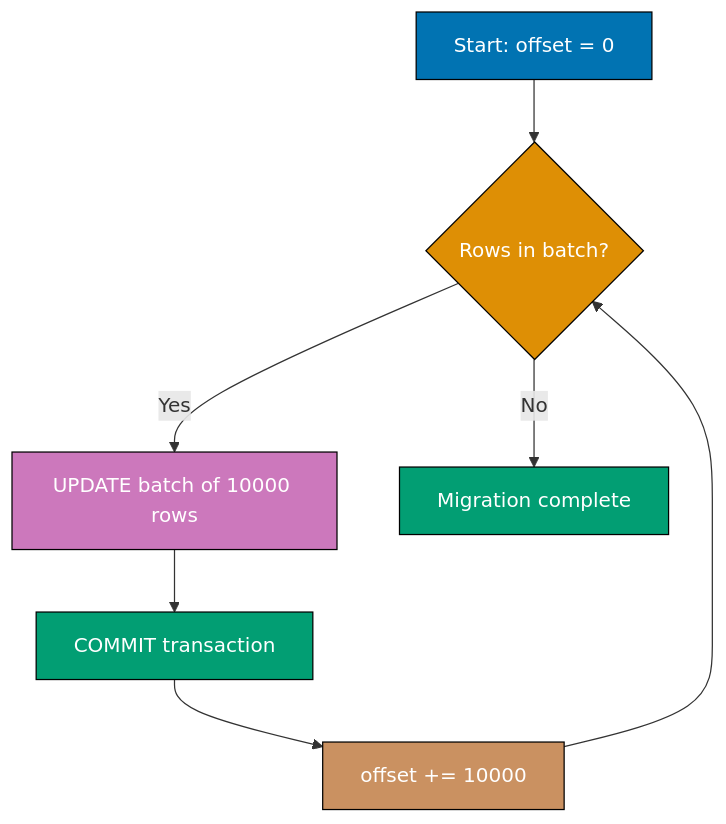
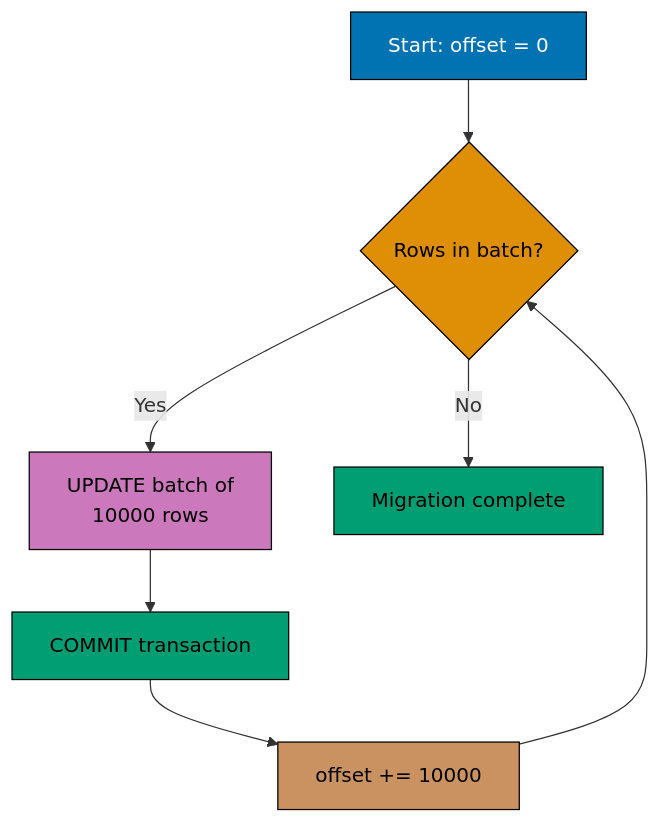
One commit to wahidyankf/ose-public changed the fourth of 8 diagrams in apps/ayokoding-www/content/en/learn/legacy/software-engineering/data/tools/java-liquibase/by-example/advanced.md. Above: the diagram before and after it, drawn with Mermaid. The commit also changed other lines of this file and 131 other files, not shown here.

First line of the commit message:
fix(mermaid): bring the legacy data, infrastructure, and testing diagrams onto the accessible palette

````diff
--- a/apps/ayokoding-www/content/en/learn/legacy/software-engineering/data/tools/java-liquibase/by-example/advanced.md
+++ b/apps/ayokoding-www/content/en/learn/legacy/software-engineering/data/tools/java-liquibase/by-example/advanced.md
@@ -400,17 +421,25 @@
 ```mermaid
 %% Color Palette: Blue #0173B2, Orange #DE8F05, Teal #029E73, Purple #CC78BC, Brown #CA9161
 graph TD
+    accTitle: Example 66: Large Table Migration with Batched Updates
+    accDescr: Graph with 6 nodes and 6 connections. Nodes: Start: offset = 0, Rows in batch?, UPDATE batch of 10000 rows, COMMIT transaction, offset += 10000, Migration complete. Connections: Start: offset = 0 to Rows in batch?, Rows in batch? to UPDATE batch of 10000 rows (Yes), UPDATE batch of 10000 rows to COMMIT transaction, COMMIT transaction to offset += 10000, offset += 10000 to Rows in batch?, Rows in batch? to Migration complete (No).
     A[Start: offset = 0] --> B{Rows in batch?}
-    B -->|Yes| C[UPDATE batch of 10000 rows]
+    B -->|Yes| C[UPDATE batch of<br/>10000 rows]
     C --> D[COMMIT transaction]
     D --> E[offset += 10000]
     E --> B
     B -->|No| F[Migration complete]
 
-    style A fill:#0173B2,stroke:#000,color:#fff
-    style B fill:#DE8F05,stroke:#000,color:#fff
-    style C fill:#CC78BC,stroke:#000,color:#fff
-    style D fill:#029E73,stroke:#000,color:#fff
-    style E fill:#CA9161,stroke:#000,color:#fff
-    style F fill:#029E73,stroke:#000,color:#fff
+    classDef pal-0173B2 fill:#0173B2,stroke:#000000,color:#FFFFFF
+    class A pal-0173B2
+    classDef pal-DE8F05 fill:#DE8F05,stroke:#000000,color:#000000
+    class B pal-DE8F05
+    classDef pal-CC78BC fill:#CC78BC,stroke:#000000,color:#000000
+    class C pal-CC78BC
+    classDef pal-029E73 fill:#029E73,stroke:#000000,color:#000000
+    class D pal-029E73
+    classDef pal-CA9161 fill:#CA9161,stroke:#000000,color:#000000
+    class E pal-CA9161
+    class F pal-029E73
+    classDef default fill:#FFFFFF,stroke:#000000,color:#000000
 ```
````
